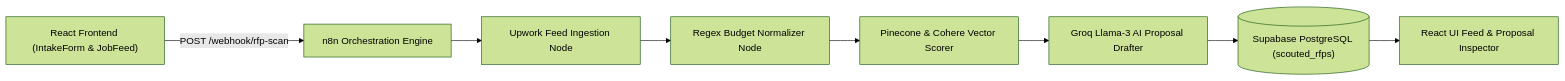
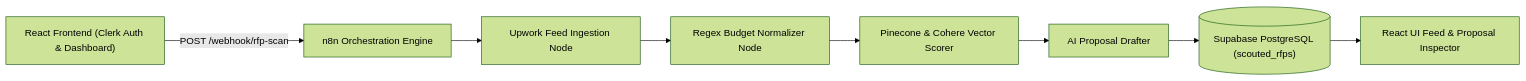
One commit to MeetRamani28/upwork-bid-agent changed the diagram in README.md. Above: the diagram before and after it, drawn with Mermaid (forest theme). The commit also changed other lines of this file and 14 other files, not shown here.

Commit message:
feat(ui): complete Senior UI Engineer redesign, enforce Clerk Auth gate, and remove Docker/Groq dependencies

````diff
--- a/README.md
+++ b/README.md
@@ -22,10 +24,10 @@
 ```mermaid
 flowchart LR
-    A["React Frontend (IntakeForm & JobFeed)"] -->|POST /webhook/rfp-scan| B["n8n Orchestration Engine"]
+    A["React Frontend (Clerk Auth & Dashboard)"] -->|POST /webhook/rfp-scan| B["n8n Orchestration Engine"]
     B --> C["Upwork Feed Ingestion Node"]
     C --> D["Regex Budget Normalizer Node"]
     D --> E["Pinecone & Cohere Vector Scorer"]
-    E --> F["Groq Llama-3 AI Proposal Drafter"]
+    E --> F["AI Proposal Drafter"]
     F --> G[("Supabase PostgreSQL (scouted_rfps)")]
     G --> H["React UI Feed & Proposal Inspector"]
 ```
````
